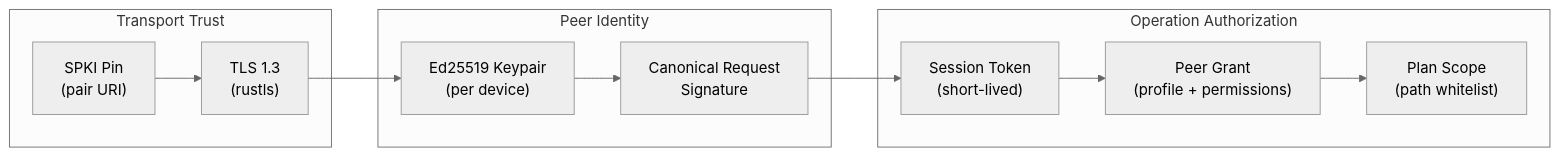
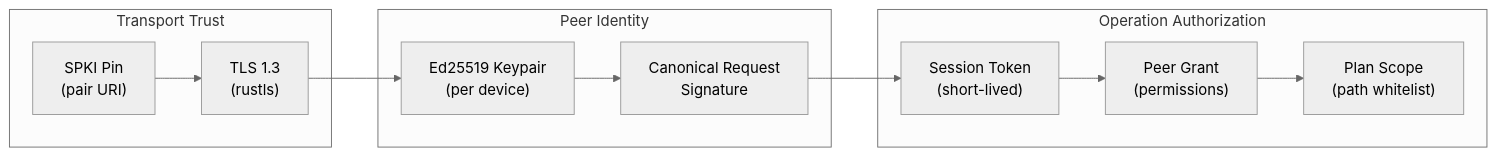
One commit to Darkatse/TT-Sync changed the second of 4 diagrams in docs/Architecture.md. Above: the diagram before and after it, drawn with Mermaid (neutral theme). The commit also changed other lines of this file and 32 other files, not shown here.

````diff
--- a/docs/Architecture.md
+++ b/docs/Architecture.md
@@ -208,25 +206,25 @@
 ```mermaid
 graph LR
     subgraph "Transport Trust"
         TLS["TLS 1.3<br/>(rustls)"]
         SPKI["SPKI Pin<br/>(pair URI)"]
     end
 
     subgraph "Peer Identity"
         ED["Ed25519 Keypair<br/>(per device)"]
         SIG["Canonical Request<br/>Signature"]
     end
 
     subgraph "Operation Authorization"
         SESS["Session Token<br/>(short-lived)"]
-        ACL["Peer Grant<br/>(profile + permissions)"]
+        ACL["Peer Grant<br/>(permissions)"]
         PLAN["Plan Scope<br/>(path whitelist)"]
     end
 
     TLS --> ED
     SPKI --> TLS
     ED --> SIG
     SIG --> SESS
     SESS --> ACL
     ACL --> PLAN
 ```
````
